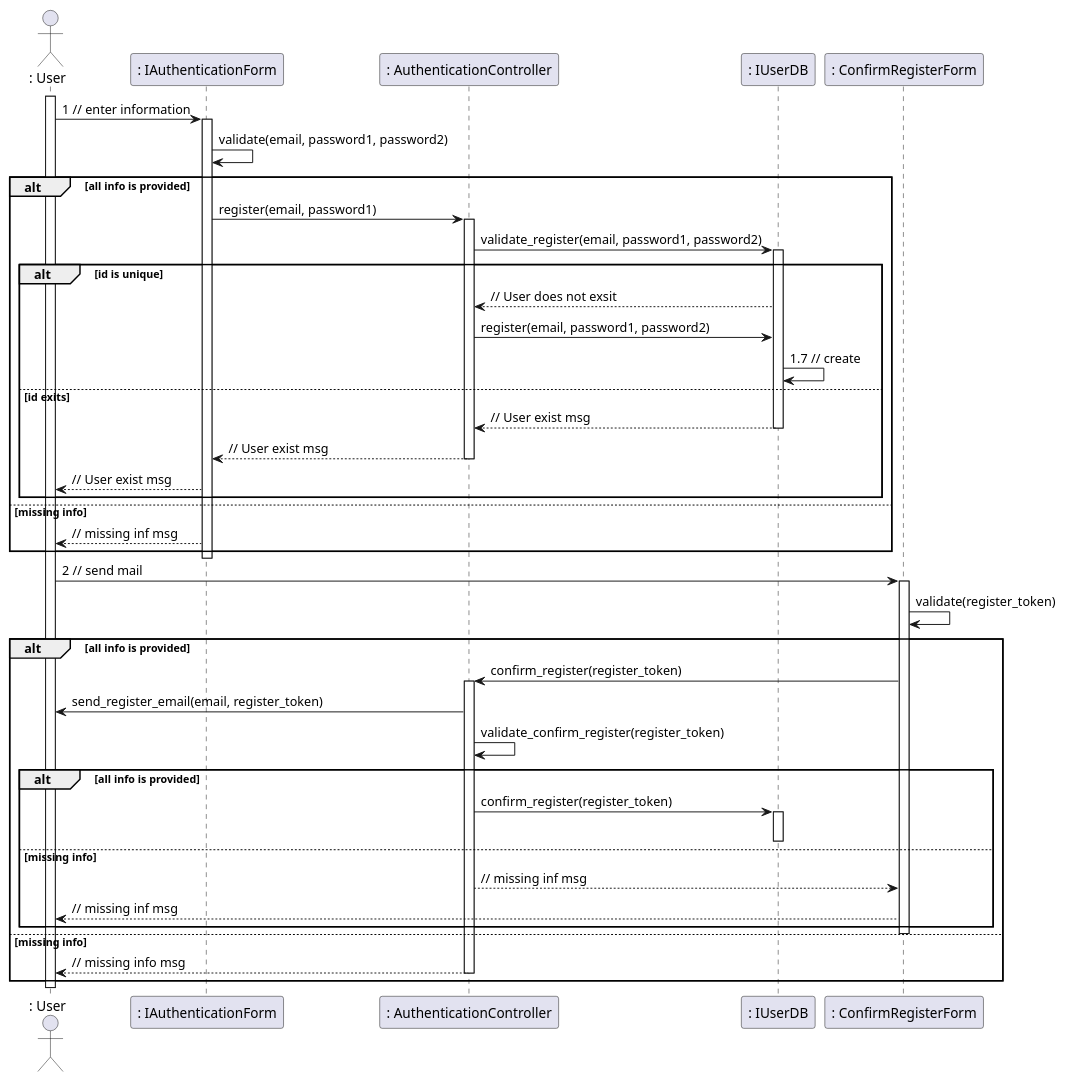
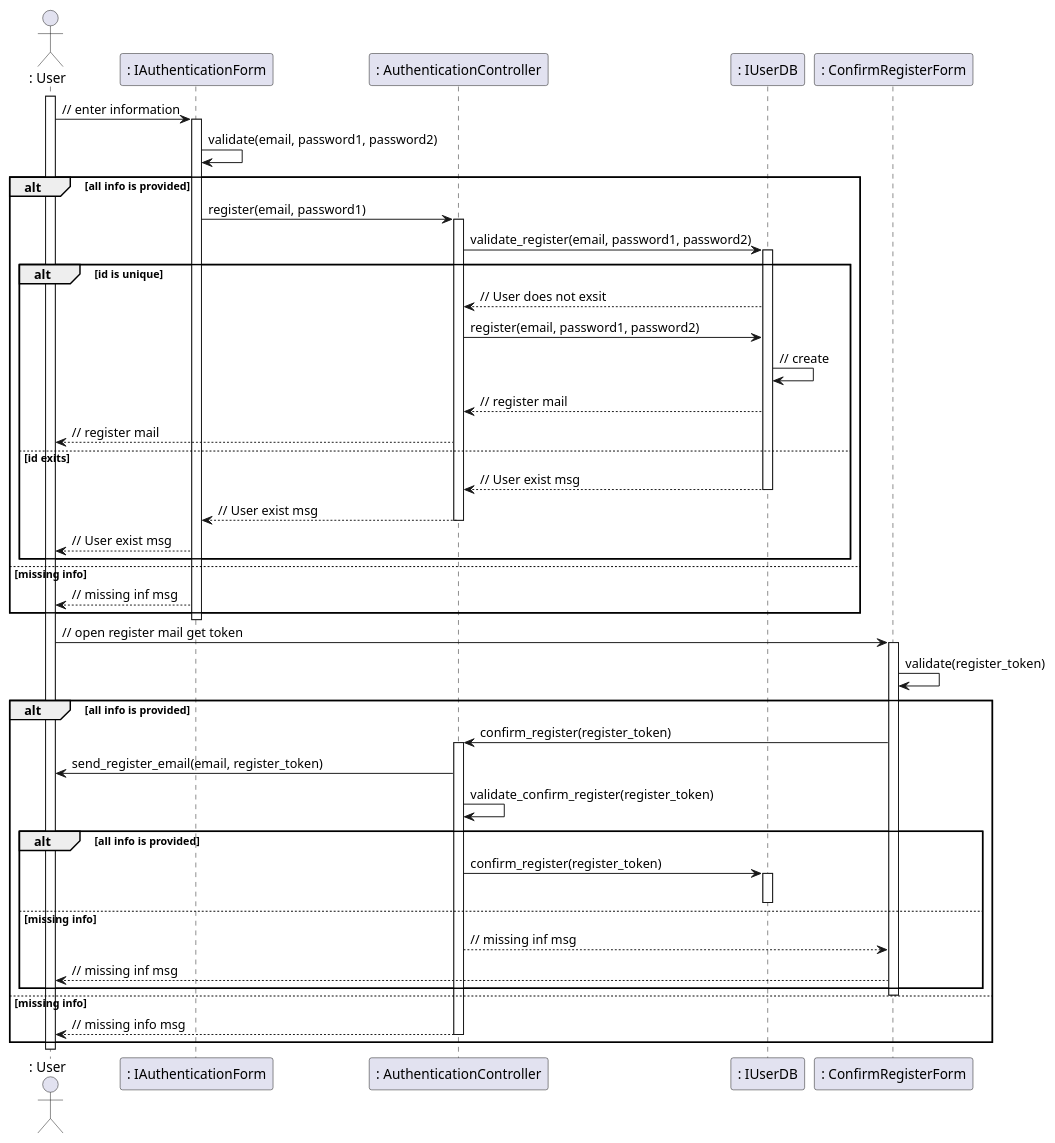
The diagram in sequence - design/authentication/register.plantuml (anonyhostvn/OOAD-Diagram), drawn with PlantUML before and after one commit. The commit also changed 10 other files, not shown here.

Commit message:
sua loi sequence diagram

```diff
--- a/sequence - design/authentication/register.plantuml
+++ b/sequence - design/authentication/register.plantuml
@@ -1,67 +1,69 @@
 @startuml
 actor ": User"
 
 activate ": User"
-": User" -> ": IAuthenticationForm" : 1 // enter information
+": User" -> ": IAuthenticationForm" : // enter information
 activate ": IAuthenticationForm"
 ": IAuthenticationForm" -> ": IAuthenticationForm" : validate(email, password1, password2)
 
 alt all info is provided
 
 ": IAuthenticationForm" -> ": AuthenticationController" : register(email, password1)
 activate ": AuthenticationController"
 ": AuthenticationController" -> ": IUserDB" : validate_register(email, password1, password2)
 activate ": IUserDB"
 
 alt id is unique
 
 ": IUserDB" --> ": AuthenticationController" : // User does not exsit
 ": AuthenticationController" -> ": IUserDB" : register(email, password1, password2)
-": IUserDB" -> ": IUserDB" : 1.7 // create
+": IUserDB" -> ": IUserDB" :  // create
+": IUserDB" --> ": AuthenticationController" : // register mail
+": AuthenticationController" --> ": User" : // register mail
 
 else id exits
 
 ": IUserDB" --> ": AuthenticationController" : // User exist msg
 deactivate ": IUserDB"
 ": AuthenticationController" --> ": IAuthenticationForm" : // User exist msg
 deactivate ": AuthenticationController"
 ": IAuthenticationForm" --> ": User" : // User exist msg
 end
 
 else missing info
 
 ": IAuthenticationForm" --> ": User" : // missing inf msg
 
 end
 deactivate ": IAuthenticationForm"
-": User" -> ": ConfirmRegisterForm" : 2 // send mail
+": User" -> ": ConfirmRegisterForm" : // open register mail get token
 activate ": ConfirmRegisterForm"
 ": ConfirmRegisterForm" -> ": ConfirmRegisterForm" : validate(register_token)
 
 alt all info is provided
 
 ": ConfirmRegisterForm" -> ": AuthenticationController" : confirm_register(register_token)
 activate ": AuthenticationController"
 ": AuthenticationController" -> ": User" : send_register_email(email, register_token)
 ": AuthenticationController" -> ": AuthenticationController" : validate_confirm_register(register_token)
 
 alt all info is provided
 
 ": AuthenticationController" -> ": IUserDB" : confirm_register(register_token)
 activate ": IUserDB"
 deactivate ": IUserDB"
 else missing info
 
 ": AuthenticationController" --> ": ConfirmRegisterForm" : // missing inf msg
 ": ConfirmRegisterForm" --> ": User" : // missing inf msg
 
 end
 deactivate ": ConfirmRegisterForm"
 
 else missing info
 
 ": AuthenticationController" --> ": User" : // missing info msg
 deactivate ": AuthenticationController"
 end
 deactivate ": User"
 @enduml
```
